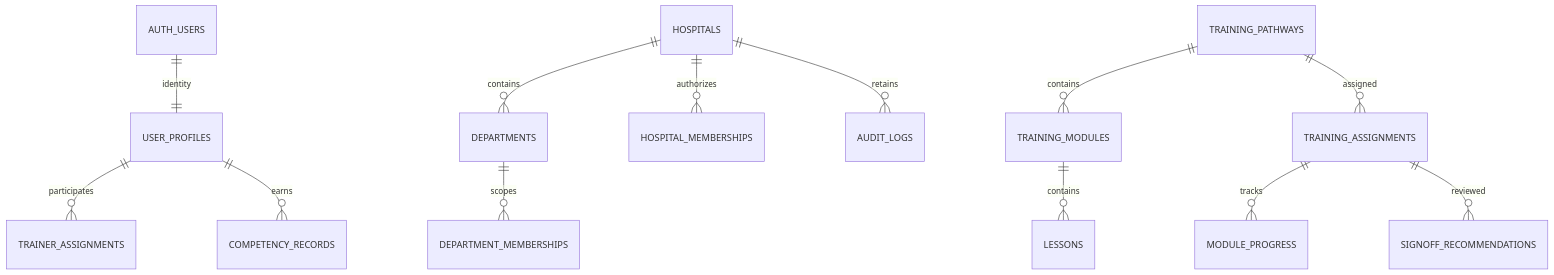
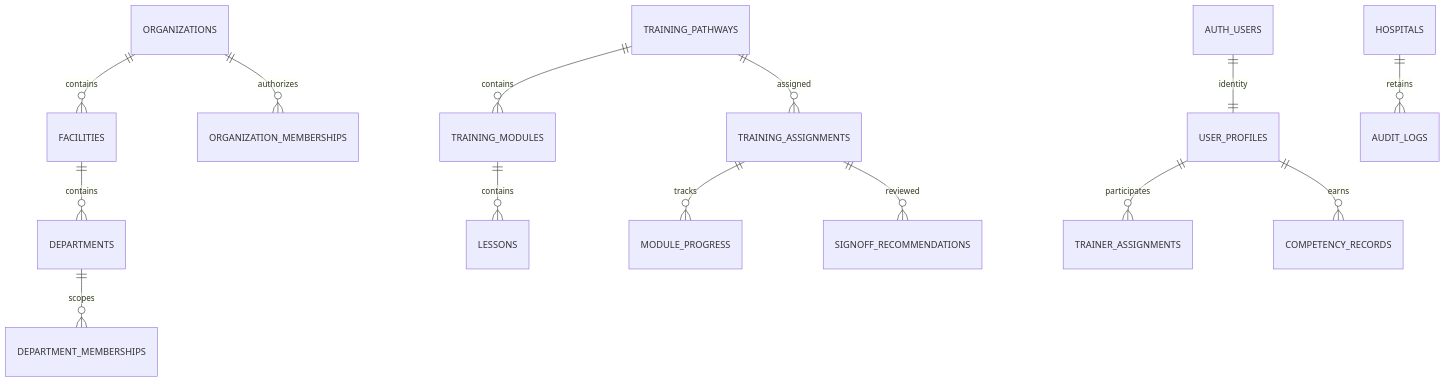
The diagram in docs/database.md (haalukaa/skillward-training), drawn with Mermaid before and after one commit. The commit also changed other lines of this file and 19 other files, not shown here.

````diff
--- a/docs/database.md
+++ b/docs/database.md
@@ -9,15 +9,16 @@
 ```mermaid
 erDiagram
   AUTH_USERS ||--|| USER_PROFILES : identity
-  HOSPITALS ||--o{ DEPARTMENTS : contains
-  HOSPITALS ||--o{ HOSPITAL_MEMBERSHIPS : authorizes
+  ORGANIZATIONS ||--o{ FACILITIES : contains
+  ORGANIZATIONS ||--o{ ORGANIZATION_MEMBERSHIPS : authorizes
+  FACILITIES ||--o{ DEPARTMENTS : contains
   DEPARTMENTS ||--o{ DEPARTMENT_MEMBERSHIPS : scopes
   USER_PROFILES ||--o{ TRAINER_ASSIGNMENTS : participates
   TRAINING_PATHWAYS ||--o{ TRAINING_MODULES : contains
   TRAINING_MODULES ||--o{ LESSONS : contains
   TRAINING_PATHWAYS ||--o{ TRAINING_ASSIGNMENTS : assigned
   TRAINING_ASSIGNMENTS ||--o{ MODULE_PROGRESS : tracks
   TRAINING_ASSIGNMENTS ||--o{ SIGNOFF_RECOMMENDATIONS : reviewed
   USER_PROFILES ||--o{ COMPETENCY_RECORDS : earns
   HOSPITALS ||--o{ AUDIT_LOGS : retains
 ```
````
